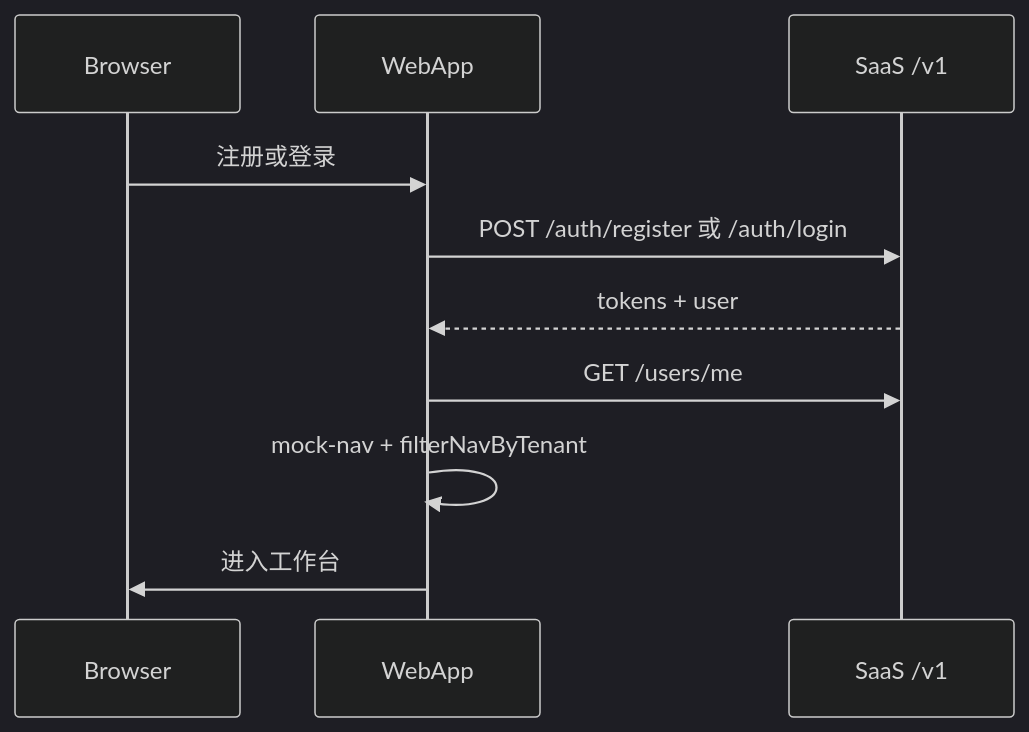
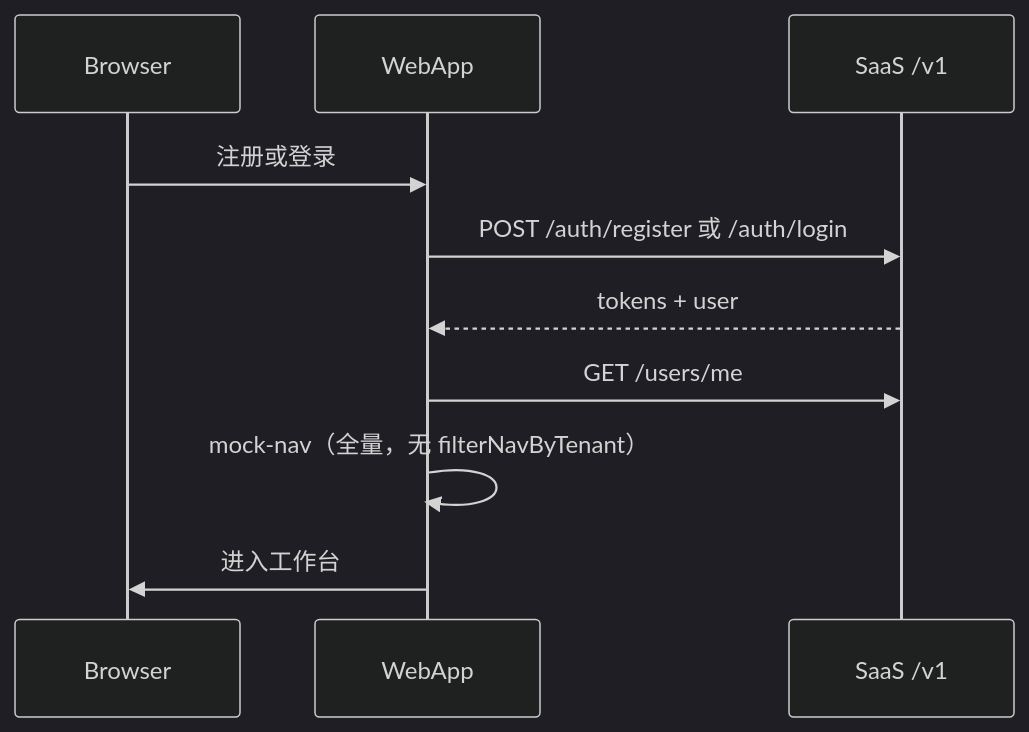
One commit to dujiaoai/map-design changed the diagram in docs/architecture/auth-rbac.md. Above: the diagram before and after it, drawn with Mermaid (dark theme). The commit also changed other lines of this file and 29 other files, not shown here.

````diff
--- a/docs/architecture/auth-rbac.md
+++ b/docs/architecture/auth-rbac.md
@@ -68,12 +87,12 @@
 ```mermaid
 sequenceDiagram
   participant Browser
   participant WebApp
   participant API as SaaS /v1
   Browser->>WebApp: 注册或登录
   WebApp->>API: POST /auth/register 或 /auth/login
   API-->>WebApp: tokens + user
   WebApp->>API: GET /users/me
-  WebApp->>WebApp: mock-nav + filterNavByTenant
+  WebApp->>WebApp: mock-nav（全量，无 filterNavByTenant）
   WebApp->>Browser: 进入工作台
 ```
````
